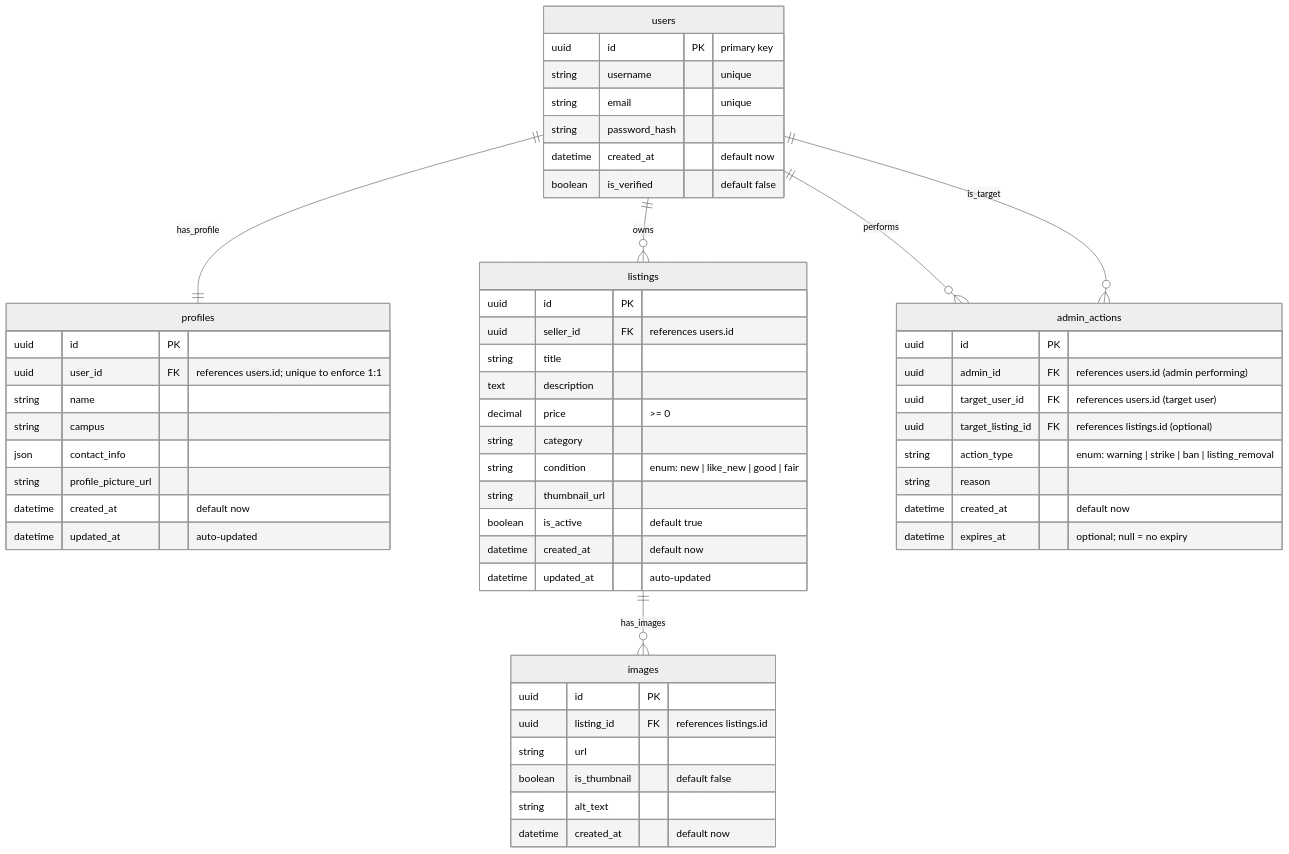
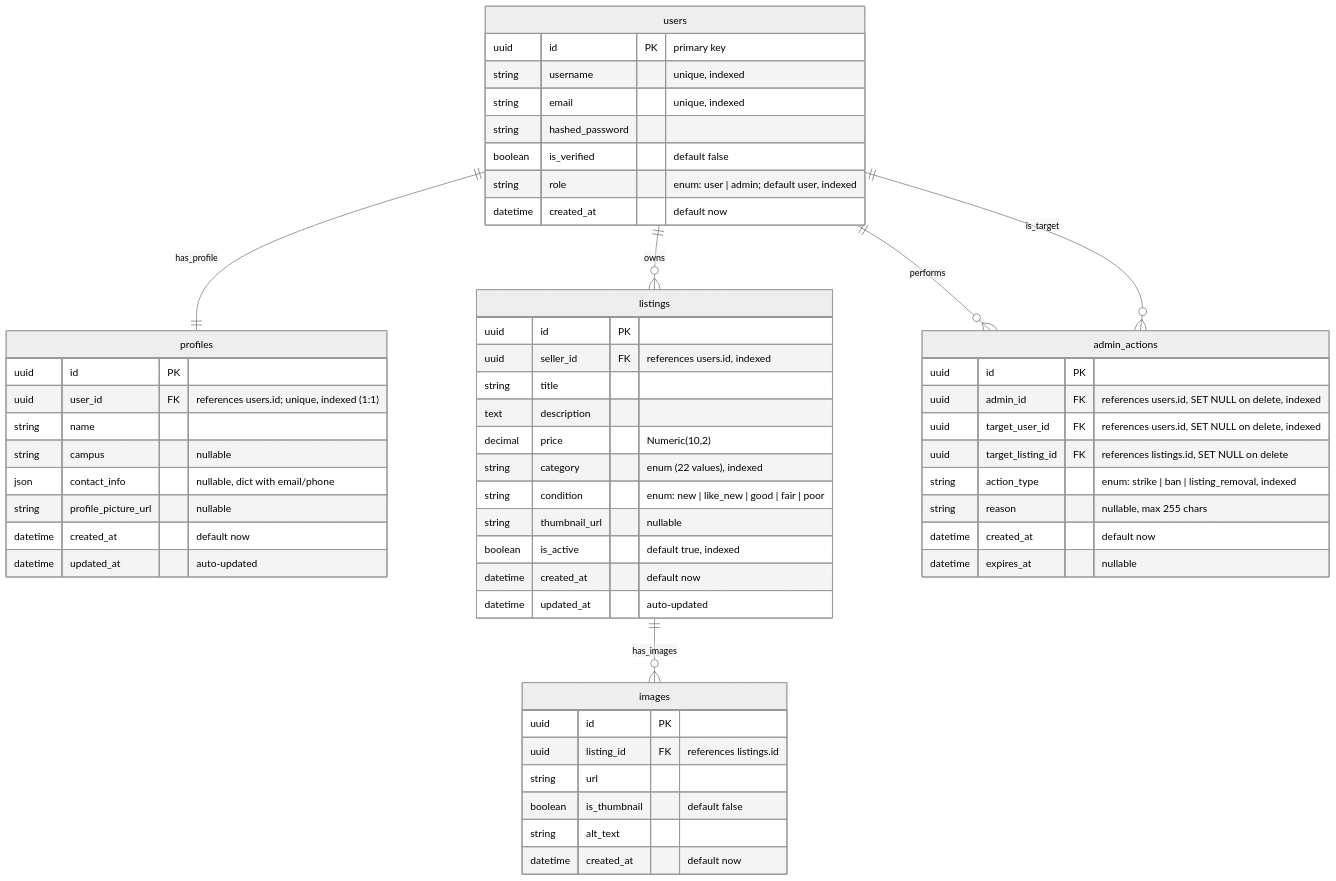
The diagram in docs/04-database-schema.md (SDSU-CompE-561-Fall-2025/aztec-list), drawn with Mermaid (neutral theme) before and after one commit. The commit also changed other lines of this file and 7 other files, not shown here.

````diff
--- a/docs/04-database-schema.md
+++ b/docs/04-database-schema.md
@@ -3,63 +3,64 @@
 ```mermaid
 erDiagram
     users {
         uuid     id PK                    "primary key"
-        string   username                 "unique"
-        string   email                    "unique"
-        string   password_hash
+        string   username                 "unique, indexed"
+        string   email                    "unique, indexed"
+        string   hashed_password
+        boolean  is_verified              "default false"
+        string   role                     "enum: user | admin; default user, indexed"
         datetime created_at               "default now"
-        boolean  is_verified              "default false"
     }
 
     profiles {
         uuid     id PK
-        uuid     user_id FK               "references users.id; unique to enforce 1:1"
+        uuid     user_id FK               "references users.id; unique, indexed (1:1)"
         string   name
-        string   campus
-        json     contact_info
-        string   profile_picture_url
+        string   campus                   "nullable"
+        json     contact_info             "nullable, dict with email/phone"
+        string   profile_picture_url      "nullable"
         datetime created_at               "default now"
         datetime updated_at               "auto-updated"
     }
 
     listings {
         uuid     id PK
-        uuid     seller_id FK             "references users.id"
+        uuid     seller_id FK             "references users.id, indexed"
         string   title
         text     description
-        decimal  price                    ">= 0"
-        string   category
-        string   condition                "enum: new | like_new | good | fair"
-        string   thumbnail_url
-        boolean  is_active                "default true"
+        decimal  price                    "Numeric(10,2)"
+        string   category                 "enum (22 values), indexed"
+        string   condition                "enum: new | like_new | good | fair | poor"
+        string   thumbnail_url            "nullable"
+        boolean  is_active                "default true, indexed"
         datetime created_at               "default now"
         datetime updated_at               "auto-updated"
     }
 
     images {
         uuid     id PK
         uuid     listing_id FK            "references listings.id"
         string   url
         boolean  is_thumbnail             "default false"
         string   alt_text
         datetime created_at               "default now"
     }
 
     admin_actions {
         uuid     id PK
-        uuid     admin_id FK              "references users.id (admin performing)"
-        uuid     target_user_id FK        "references users.id (target user)"
-        uuid     target_listing_id FK     "references listings.id (optional)"
-        string   action_type              "enum: warning | strike | ban | listing_removal"
-        string   reason
+        uuid     admin_id FK              "references users.id, SET NULL on delete, indexed"
+        uuid     target_user_id FK        "references users.id, SET NULL on delete, indexed"
+        uuid     target_listing_id FK     "references listings.id, SET NULL on delete"
+        string   action_type              "enum: strike | ban | listing_removal, indexed"
+        string   reason                   "nullable, max 255 chars"
         datetime created_at               "default now"
-        datetime expires_at               "optional; null = no expiry"
+        datetime expires_at               "nullable"
     }
 
     %% Relationships
     users     ||--|| profiles       : has_profile
     users     ||--o{ listings       : owns
     listings  ||--o{ images         : has_images
     users     ||--o{ admin_actions  : performs
     users     ||--o{ admin_actions  : is_target
 ```
````
